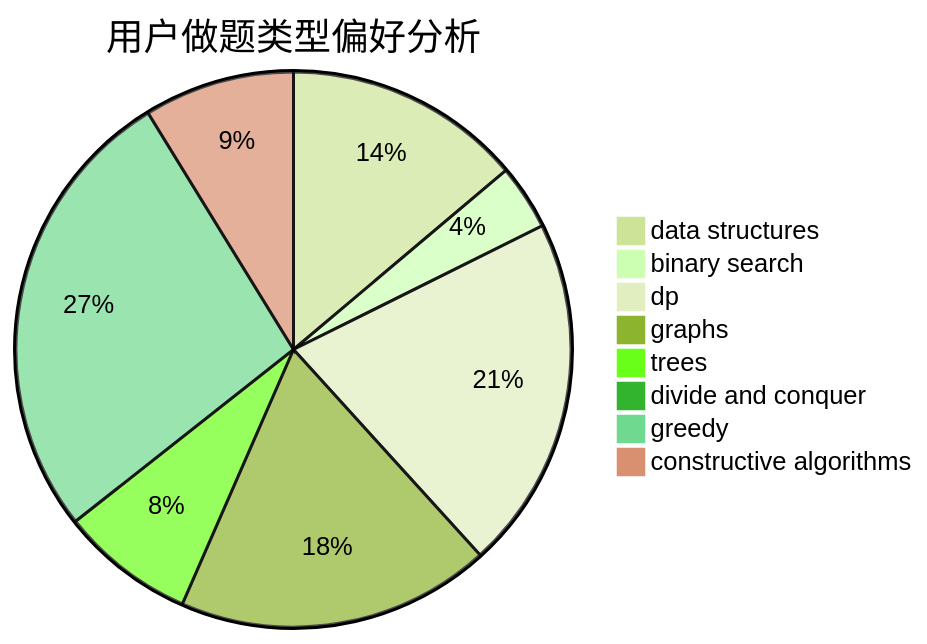
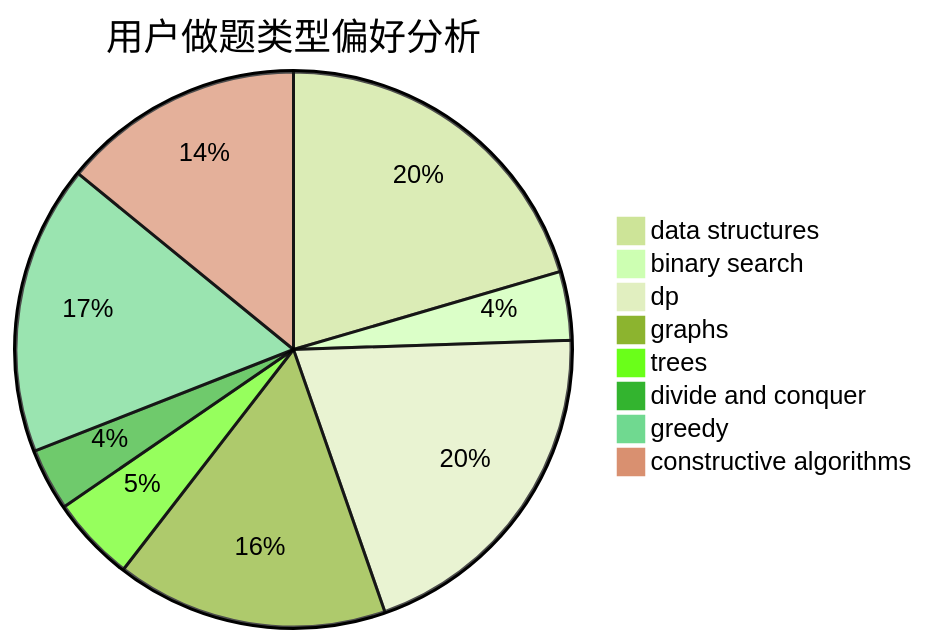
Before and after one commit to sherpahu/cfrs.github.io: the second of 3 diagrams in docs/user/u636.md, drawn with Mermaid (forest theme). The commit also changed other lines of this file and 2770 other files, not shown here.

````diff
--- a/docs/user/u636.md
+++ b/docs/user/u636.md
@@ -23,11 +23,11 @@
 ```mermaid
 pie title 用户做题类型偏好分析
-    "data structures" :  131
-    "binary search" :  36
-    "dp" :  195
-    "graphs" :  173
-    "trees" :  74
-    "divide and conquer" :  0
-    "greedy" :  254
-    "constructive algorithms" :  83
+    "data structures" :  215
+    "binary search" :  42
+    "dp" :  212
+    "graphs" :  166
+    "trees" :  52
+    "divide and conquer" :  38
+    "greedy" :  177
+    "constructive algorithms" :  148
 ```
````
